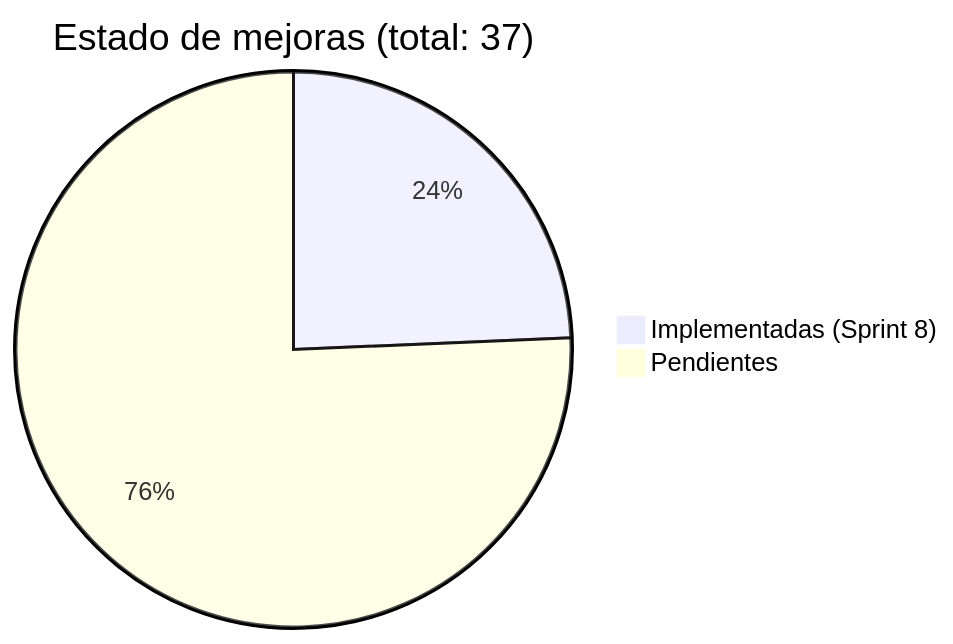
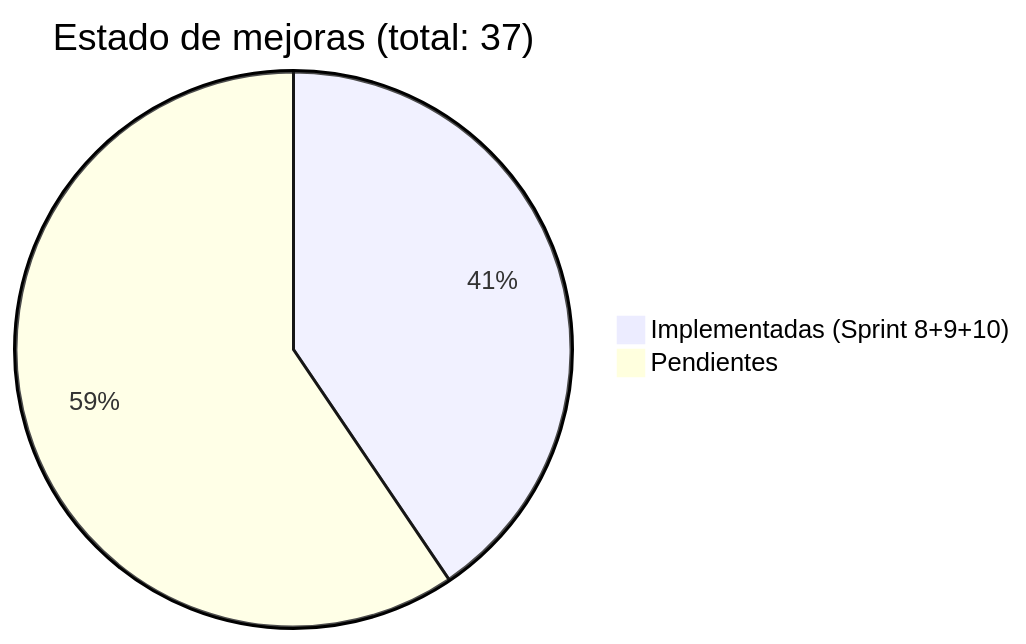
The first of 9 diagrams in docs/flujos-arquitectura/09-mejoras-propuestas.md (EduGoGroup/EduUi-KMP), drawn with Mermaid before and after one commit. The commit also changed other lines of this file and 9 other files, not shown here.

First line of the commit message:
docs: update architecture docs with ZoneErrorBoundary (A6 completed)

````diff
--- a/docs/flujos-arquitectura/09-mejoras-propuestas.md
+++ b/docs/flujos-arquitectura/09-mejoras-propuestas.md
@@ -11,5 +11,5 @@
 ```mermaid
 pie title Estado de mejoras (total: 37)
-    "Implementadas (Sprint 8)" : 9
-    "Pendientes" : 28
+    "Implementadas (Sprint 8+9+10)" : 15
+    "Pendientes" : 22
 ```
````
